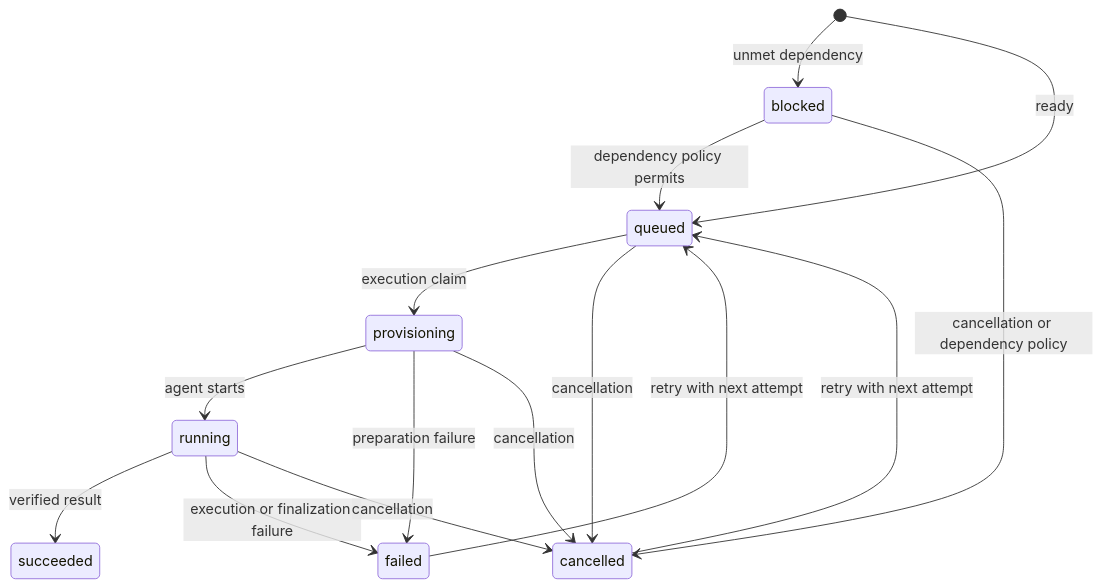
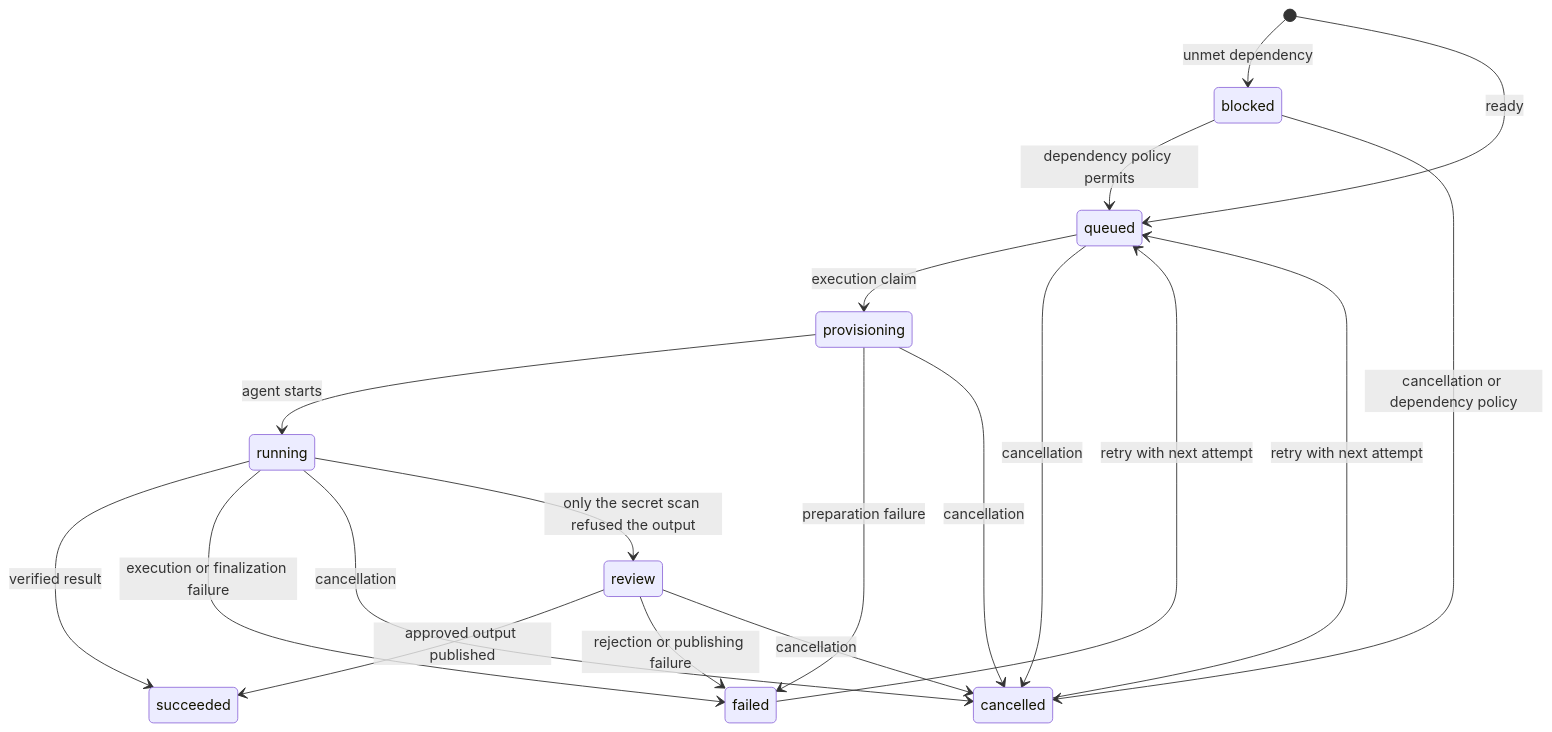
The diagram in docs/internal/job-lifecycle.md (This-Is-NPC/omashiki), drawn with Mermaid before and after one commit. The commit also changed other lines of this file and 51 other files, not shown here.

First line of the commit message:
feat(jobs): hold output with secrets for review

````diff
--- a/docs/internal/job-lifecycle.md
+++ b/docs/internal/job-lifecycle.md
@@ -22,17 +22,21 @@
 ```mermaid
 stateDiagram-v2
     [*] --> blocked: unmet dependency
     [*] --> queued: ready
     blocked --> queued: dependency policy permits
     blocked --> cancelled: cancellation or dependency policy
     queued --> provisioning: execution claim
     provisioning --> running: agent starts
     provisioning --> failed: preparation failure
     provisioning --> cancelled: cancellation
     queued --> cancelled: cancellation
     running --> succeeded: verified result
     running --> failed: execution or finalization failure
     running --> cancelled: cancellation
+    running --> review: only the secret scan refused the output
+    review --> succeeded: approved output published
+    review --> failed: rejection or publishing failure
+    review --> cancelled: cancellation
     failed --> queued: retry with next attempt
     cancelled --> queued: retry with next attempt
 ```
````
